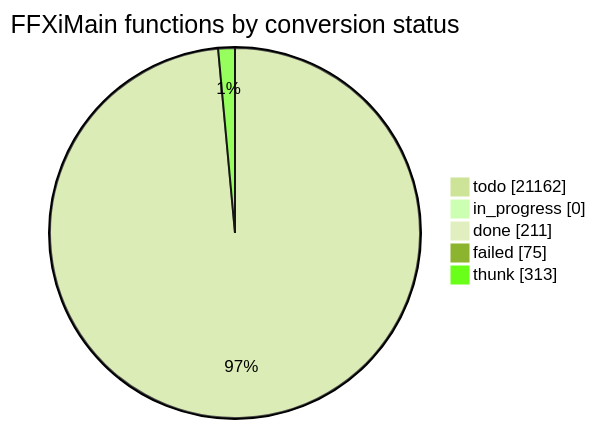
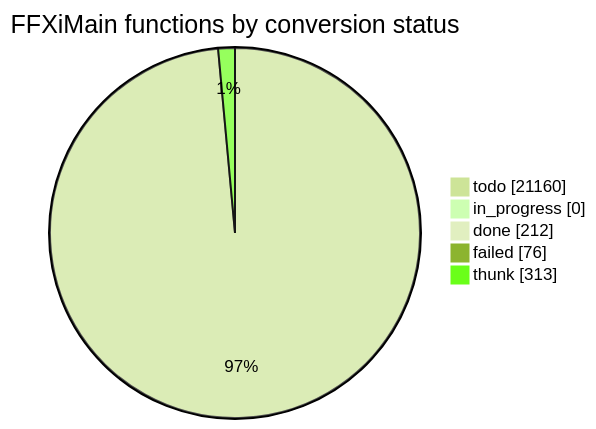
Before and after one commit to cowrevenge/cow_kuluu_xi_anything: the diagram in docs/cow/STATUS.md, drawn with Mermaid (forest theme). The commit also changed other lines of this file and 9 other files, not shown here.

````diff
--- a/docs/cow/STATUS.md
+++ b/docs/cow/STATUS.md
@@ -18,9 +18,9 @@
 ```mermaid
 pie showData
     title FFXiMain functions by conversion status
-    "todo" : 21162
+    "todo" : 21160
     "in_progress" : 0
-    "done" : 211
-    "failed" : 75
+    "done" : 212
+    "failed" : 76
     "thunk" : 313
 ```
````
